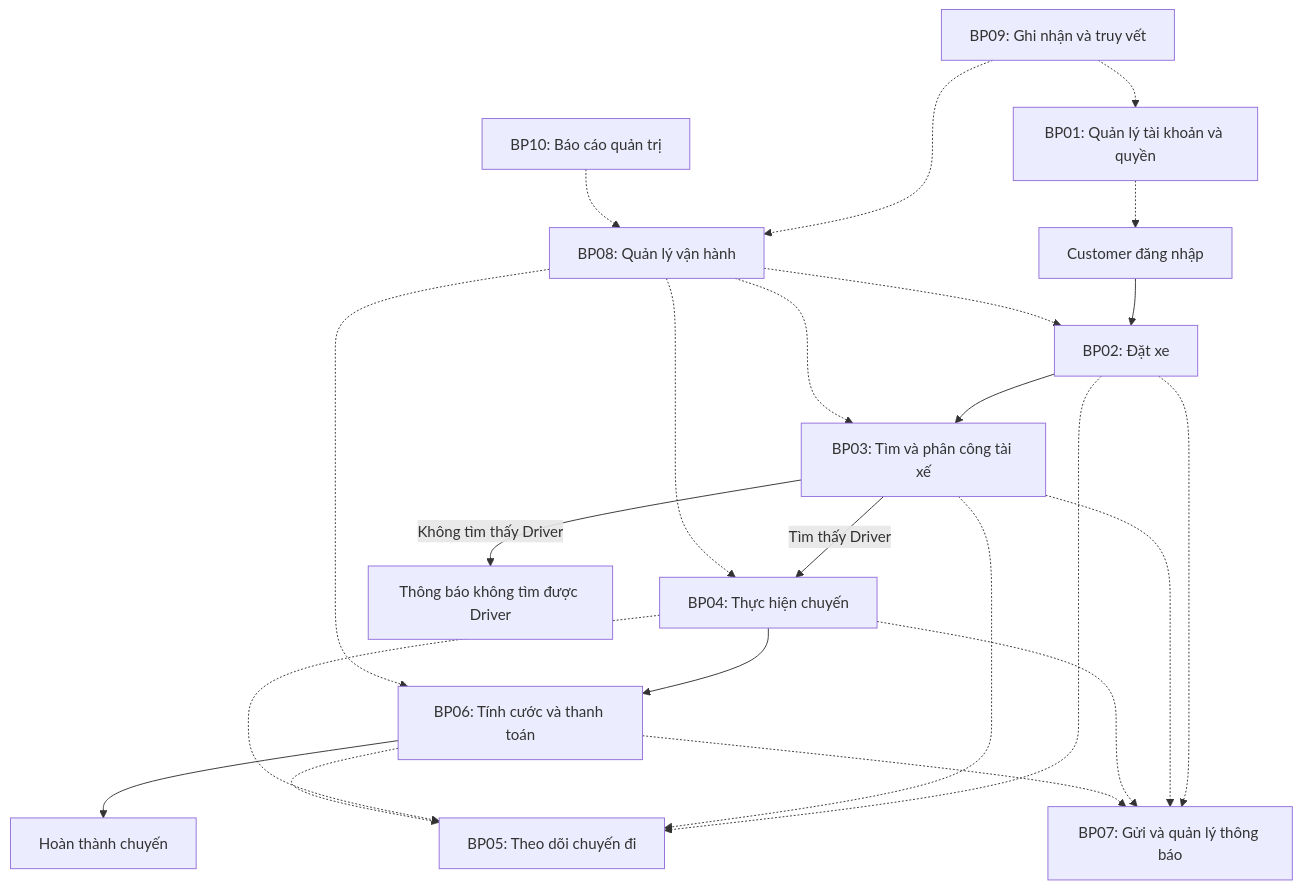
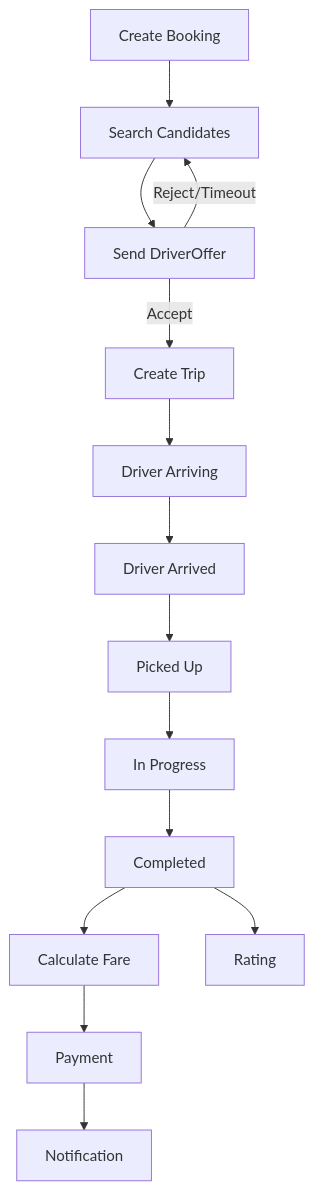
One commit to nguyentrong-280205/23669941_NguyenDinhTrong_Cabsystem changed the third of 9 diagrams in srs.md. Above: the diagram before and after it, drawn with Mermaid. The commit also changed other lines of this file and 9 other files, not shown here.

````diff
--- a/srs.md
+++ b/srs.md
@@ -232,34 +401,16 @@
 ```mermaid
 flowchart TD
-    A[Customer đăng nhập] --> B[BP02: Đặt xe]
-
-    B --> C[BP03: Tìm và phân công tài xế]
-
-    C -->|Tìm thấy Driver| D[BP04: Thực hiện chuyến]
-    C -->|Không tìm thấy Driver| X[Thông báo không tìm được Driver]
-
-    D --> E[BP06: Tính cước và thanh toán]
-
-    E --> F[Hoàn thành chuyến]
-
-    B -.-> G[BP05: Theo dõi chuyến đi]
-    C -.-> G
-    D -.-> G
-    E -.-> G
-
-    B -.-> H[BP07: Gửi và quản lý thông báo]
-    C -.-> H
-    D -.-> H
-    E -.-> H
-
-    I[BP08: Quản lý vận hành] -.-> B
-    I -.-> C
-    I -.-> D
-    I -.-> E
-
-    J[BP01: Quản lý tài khoản và quyền] -.-> A
-    K[BP09: Ghi nhận và truy vết] -.-> I
-    K -.-> J
-
-    L[BP10: Báo cáo quản trị] -.-> I
+    B[Create Booking] --> M[Search Candidates]
+    M --> O[Send DriverOffer]
+    O -->|Reject/Timeout| M
+    O -->|Accept| T[Create Trip]
+    T --> A[Driver Arriving]
+    A --> AR[Driver Arrived]
+    AR --> PU[Picked Up]
+    PU --> IP[In Progress]
+    IP --> C[Completed]
+    C --> F[Calculate Fare]
+    F --> P[Payment]
+    P --> N[Notification]
+    C --> R[Rating]
 ```
````
